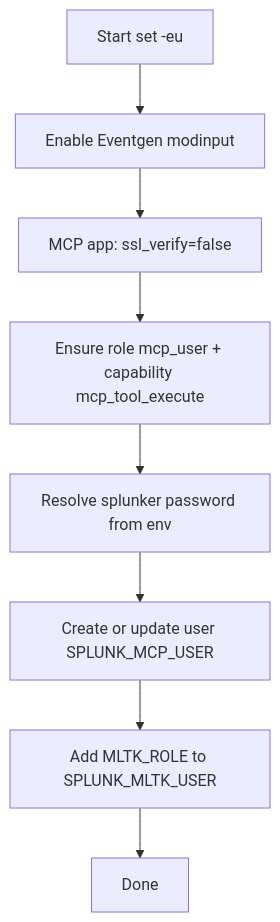
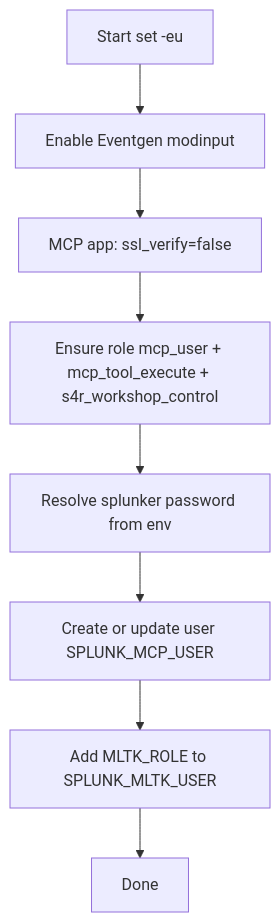
One commit to dd-Splunk/splunk-mcp changed the second of 2 diagrams in docs/CONFIGURATION.md. Above: the diagram before and after it, drawn with Mermaid. The commit also changed other lines of this file and 9 other files, not shown here.

````diff
--- a/docs/CONFIGURATION.md
+++ b/docs/CONFIGURATION.md
@@ -323,10 +325,10 @@
 ```mermaid
 flowchart TD
   A[Start set -eu] --> B[Enable Eventgen modinput]
   B --> C[MCP app: ssl_verify=false]
-  C --> D[Ensure role mcp_user + capability mcp_tool_execute]
+  C --> D[Ensure role mcp_user + mcp_tool_execute + s4r_workshop_control]
   D --> E[Resolve splunker password from env]
   E --> F[Create or update user SPLUNK_MCP_USER]
   F --> D2[Add MLTK_ROLE to SPLUNK_MLTK_USER]
   D2 --> K[Done]
 ```
````
